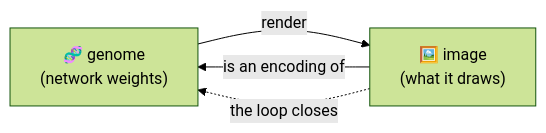
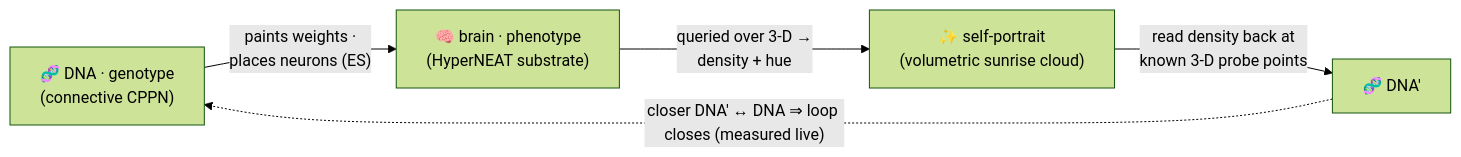
Before and after one commit to admiralakber/autograph: the diagram in README.md, drawn with Mermaid (forest theme). The commit also changed other lines of this file and 3 other files, not shown here.

````diff
--- a/README.md
+++ b/README.md
@@ -34,6 +36,7 @@
 ```mermaid
 flowchart LR
-  G["🧬 genome<br/>(network weights)"] -->|"render"| I["🖼️ image<br/>(what it draws)"]
-  I -->|"is an encoding of"| G
-  I -. "the loop closes" .-> G
+  DNA["🧬 DNA · genotype<br/>(connective CPPN)"] -->|"paints weights ·<br/>places neurons (ES)"| PHENO["🧠 brain · phenotype<br/>(HyperNEAT substrate)"]
+  PHENO -->|"queried over 3-D →<br/>density + hue"| ART["✨ self-portrait<br/>(volumetric sunrise cloud)"]
+  ART -->|"read density back at<br/>known 3-D probe points"| DNA2["🧬 DNA′"]
+  DNA2 -. "closer DNA′ ↔ DNA ⇒ loop closes (measured live)" .-> DNA
 ```
````
